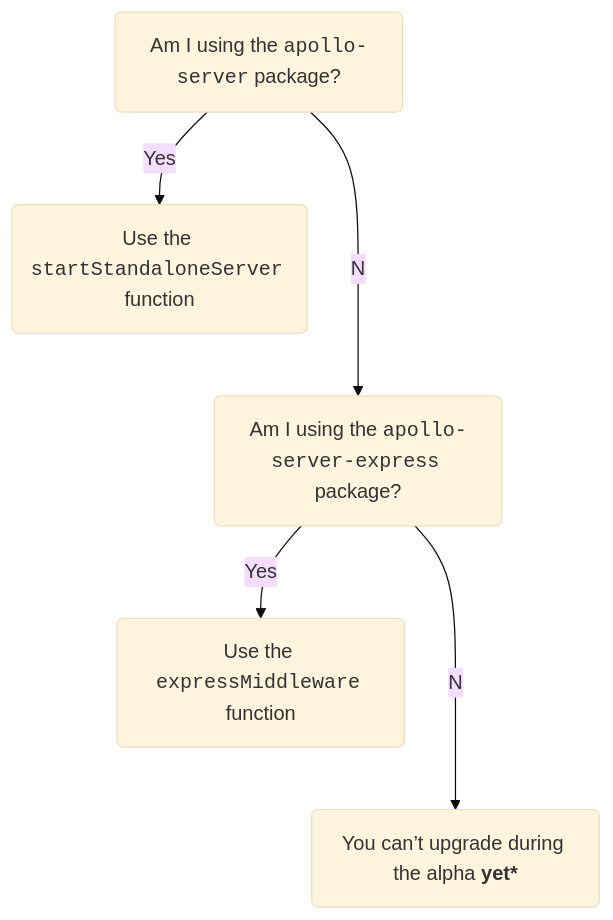
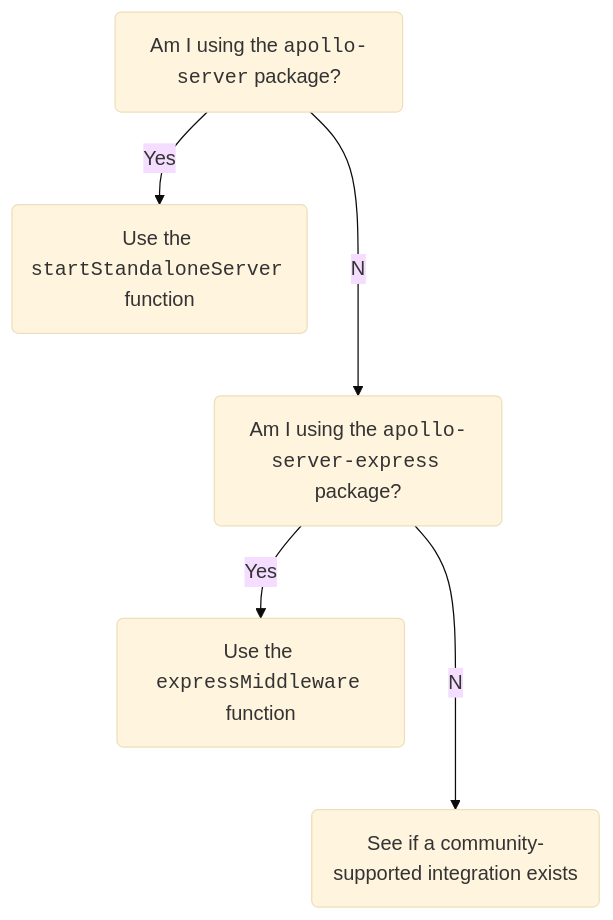
One commit to apollographql/apollo-server changed the diagram in docs/source/migration.mdx. Above: the diagram before and after it, drawn with Mermaid (base theme). The commit also changed other lines of this file and 3 other files, not shown here.

````diff
--- a/docs/source/migration.mdx
+++ b/docs/source/migration.mdx
@@ -40,9 +38,9 @@
 ```mermaid
 graph TB;
   server("Am I using the <code>apollo-server</code> package?");
   server--No-->express("Am I using the <code>apollo-server-express</code> package?");
   server--Yes-->useStandAlone("Use the <code>startStandaloneServer</code> function");
-  express--No-->buildIntegration("You can’t upgrade during the alpha <b>yet*</b>");
+  express--No-->otherIntegration("See if a community-supported integration exists");
   express--Yes-->useExpressMiddleware("Use the <code>expressMiddleware</code> function");
   class useStandAlone,useExpressMiddleware secondary;
 ```
````
